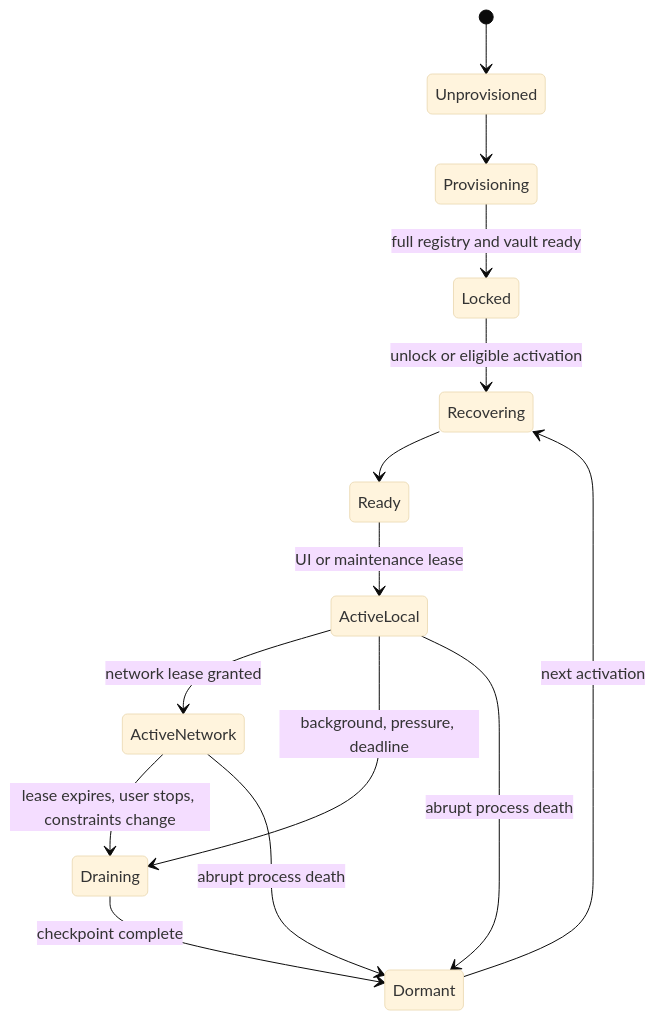
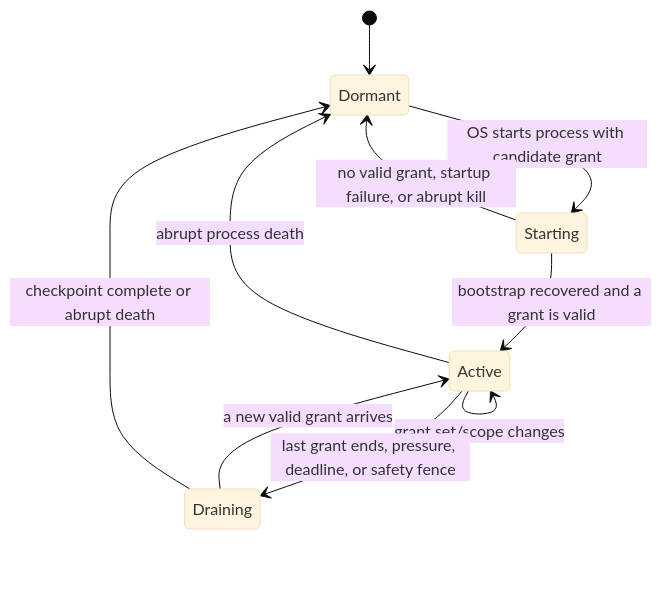
The second of 2 diagrams in docs/research/WIP_MOBILE_APP_IMPLEMENTATION_PLAN_V1.md (shpy2001gemi/OneBrain), drawn with Mermaid (base theme) before and after one commit. The commit also changed other lines of this file and 4 other files, not shown here.

Commit message:
docs: define post-launch mobile Init data flow

````diff
--- a/docs/research/WIP_MOBILE_APP_IMPLEMENTATION_PLAN_V1.md
+++ b/docs/research/WIP_MOBILE_APP_IMPLEMENTATION_PLAN_V1.md
@@ -1052,18 +1270,12 @@
 ```mermaid
 stateDiagram-v2
-    [*] --> Unprovisioned
-    Unprovisioned --> Provisioning
-    Provisioning --> Locked: full registry and vault ready
-    Locked --> Recovering: unlock or eligible activation
-    Recovering --> Ready
-
-    Ready --> ActiveLocal: UI or maintenance lease
-    ActiveLocal --> ActiveNetwork: network lease granted
-    ActiveNetwork --> Draining: lease expires, user stops, constraints change
-    ActiveLocal --> Draining: background, pressure, deadline
-    Draining --> Dormant: checkpoint complete
-
-    ActiveLocal --> Dormant: abrupt process death
-    ActiveNetwork --> Dormant: abrupt process death
-    Dormant --> Recovering: next activation
+    [*] --> Dormant
+    Dormant --> Starting: OS starts process with candidate grant
+    Starting --> Active: bootstrap recovered and a grant is valid
+    Starting --> Dormant: no valid grant, startup failure, or abrupt kill
+    Active --> Active: grant set/scope changes
+    Active --> Draining: last grant ends, pressure, deadline, or safety fence
+    Draining --> Active: a new valid grant arrives
+    Draining --> Dormant: checkpoint complete or abrupt death
+    Active --> Dormant: abrupt process death
 ```
````
